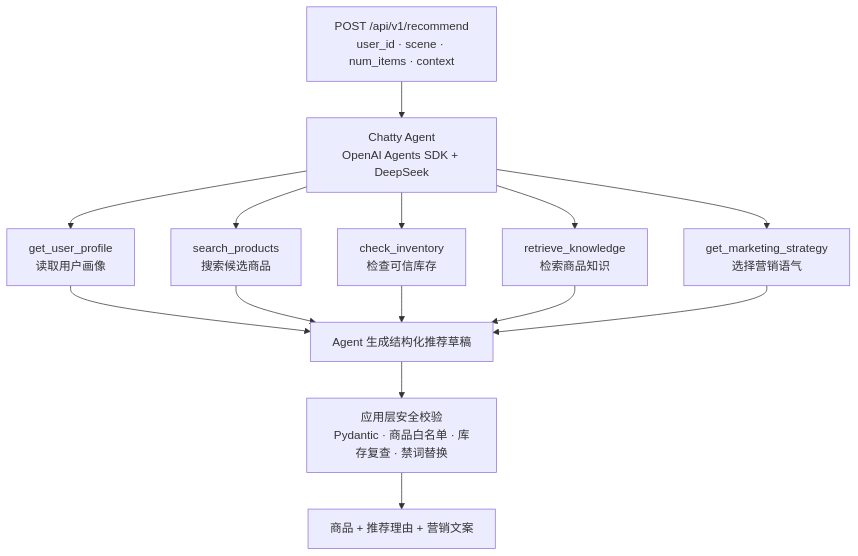
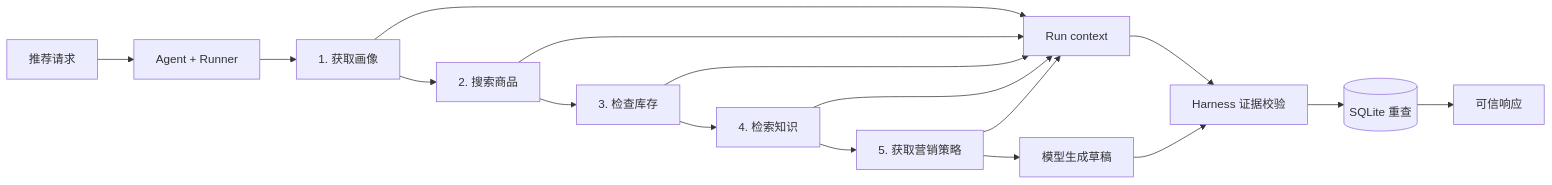
One commit to ImWenyaoT/chatty changed the diagram in README.md. Above: the diagram before and after it, drawn with Mermaid. The commit also changed other lines of this file and 94 other files, not shown here.

Commit message:
[chatty] finish single-agent MVP (#46)

````diff
--- a/README.md
+++ b/README.md
@@ -45,19 +21,15 @@
 ```mermaid
-flowchart TD
-    A["POST /api/v1/recommend<br/>user_id · scene · num_items · context"] --> B["Chatty Agent<br/>OpenAI Agents SDK + DeepSeek"]
-
-    B --> T1[get_user_profile<br/>读取用户画像]
-    B --> T2[search_products<br/>搜索候选商品]
-    B --> T3[check_inventory<br/>检查可信库存]
-    B --> T4[retrieve_knowledge<br/>检索商品知识]
-    B --> T5[get_marketing_strategy<br/>选择营销语气]
-
-    T1 --> C[Agent 生成结构化推荐草稿]
-    T2 --> C
-    T3 --> C
-    T4 --> C
-    T5 --> C
-
-    C --> D["应用层安全校验<br/>Pydantic · 商品白名单 · 库存复查 · 禁词替换"]
-    D --> E[商品 + 推荐理由 + 营销文案]
+flowchart LR
+    U["推荐请求"] --> A["Agent + Runner"]
+    A --> T1["1. 获取画像"]
+    T1 --> T2["2. 搜索商品"]
+    T2 --> T3["3. 检查库存"]
+    T3 --> T4["4. 检索知识"]
+    T4 --> T5["5. 获取营销策略"]
+    T5 --> D["模型生成草稿"]
+    T1 & T2 & T3 & T4 & T5 --> C["Run context"]
+    C --> H["Harness 证据校验"]
+    D --> H
+    H --> DB[("SQLite 重查")]
+    DB --> R["可信响应"]
 ```
````
